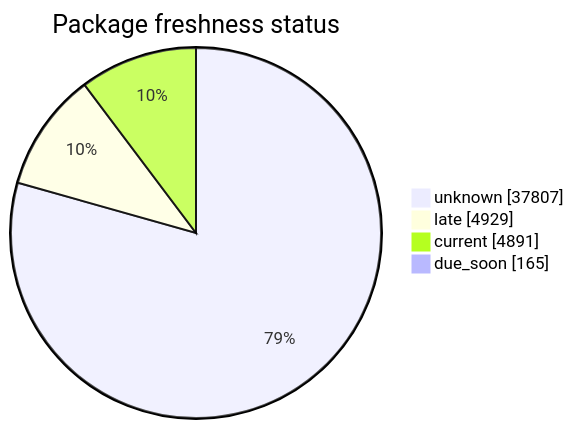
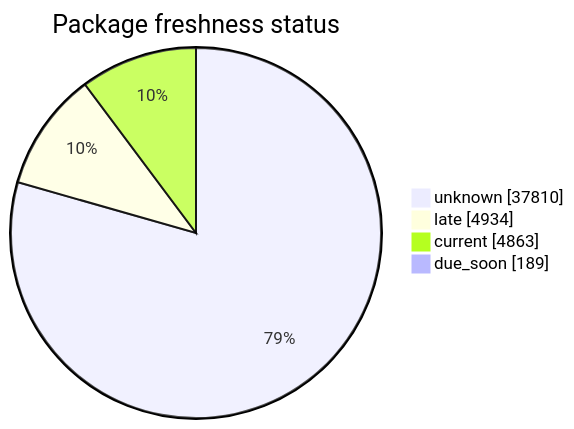
Before and after one commit to open-data/analytics-corporate-reporting: the second of 5 diagrams in FreshCheck/README.md, drawn with Mermaid. The commit also changed other lines of this file and 3 other files, not shown here.

````diff
--- a/FreshCheck/README.md
+++ b/FreshCheck/README.md
@@ -68,7 +68,7 @@
 ```mermaid
 pie showData title Package freshness status
-    "unknown": 37807
-    "late": 4929
-    "current": 4891
-    "due_soon": 165
+    "unknown": 37810
+    "late": 4934
+    "current": 4863
+    "due_soon": 189
 ```
````
